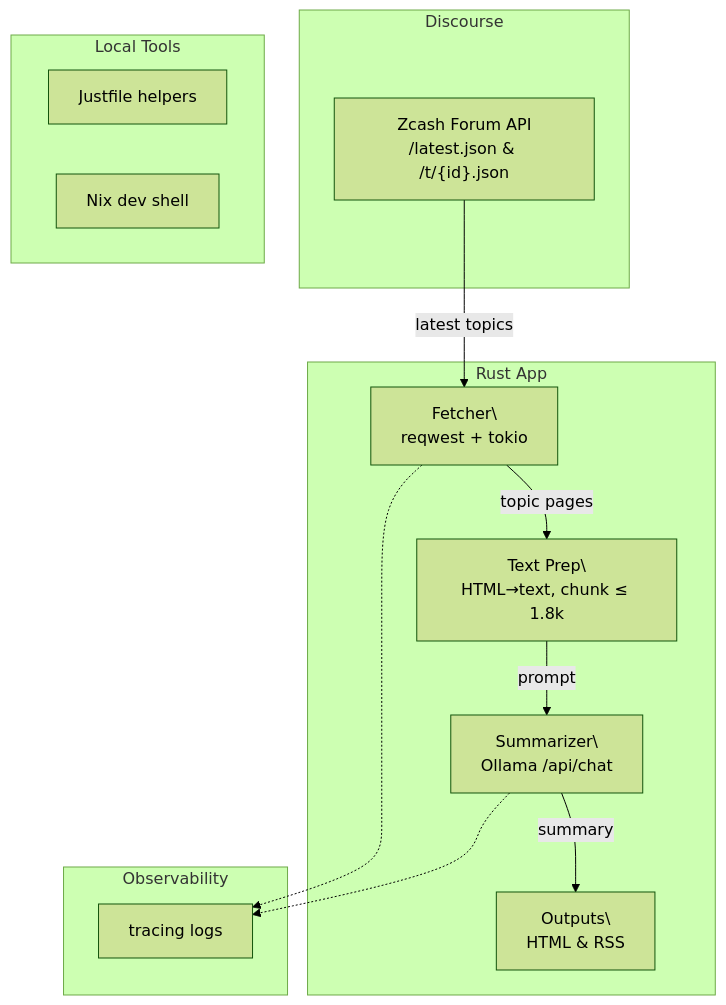
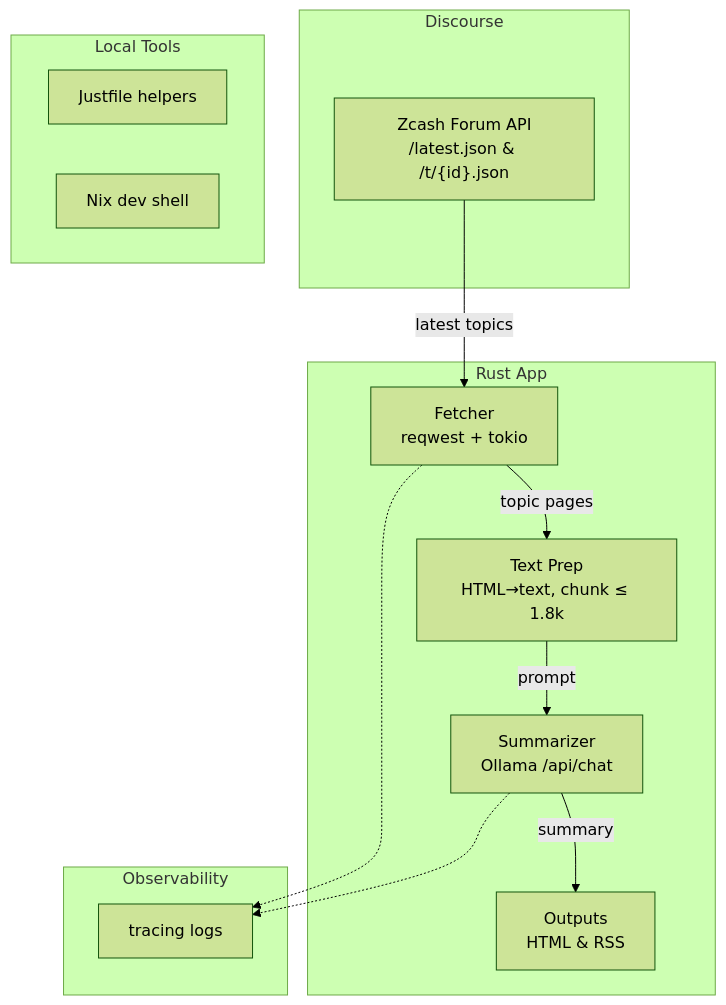
Before and after one commit to aphelionz/zcash-forum-digest: the diagram in AGENTS.md, drawn with Mermaid (forest theme).

````diff
--- a/AGENTS.md
+++ b/AGENTS.md
@@ -9,26 +9,26 @@
 ```mermaid
 graph TD
   subgraph Discourse
     DZC["Zcash Forum API<br />/latest.json & /t/{id}.json"]
   end
 
   subgraph Rust_App["Rust App"]
-    F[Fetcher\\nreqwest + tokio]
-    B[Text Prep\\nHTML→text, chunk ≤ 1.8k]
-    S[Summarizer\\nOllama /api/chat]
-    O[Outputs\\nHTML & RSS]
+    F[Fetcher<br />reqwest + tokio]
+    B[Text Prep<br />HTML→text, chunk ≤ 1.8k]
+    S[Summarizer<br />Ollama /api/chat]
+    O[Outputs<br />HTML & RSS]
   end
 
   subgraph Local_Tools["Local Tools"]
     JUST[Justfile helpers]
     NIX[Nix dev shell]
   end
 
   DZC -->|latest topics| F -->|topic pages| B -->|prompt| S -->|summary| O
 
   subgraph Observability
     TR[tracing logs]
   end
   F -.-> TR
   S -.-> TR
 ```
````
